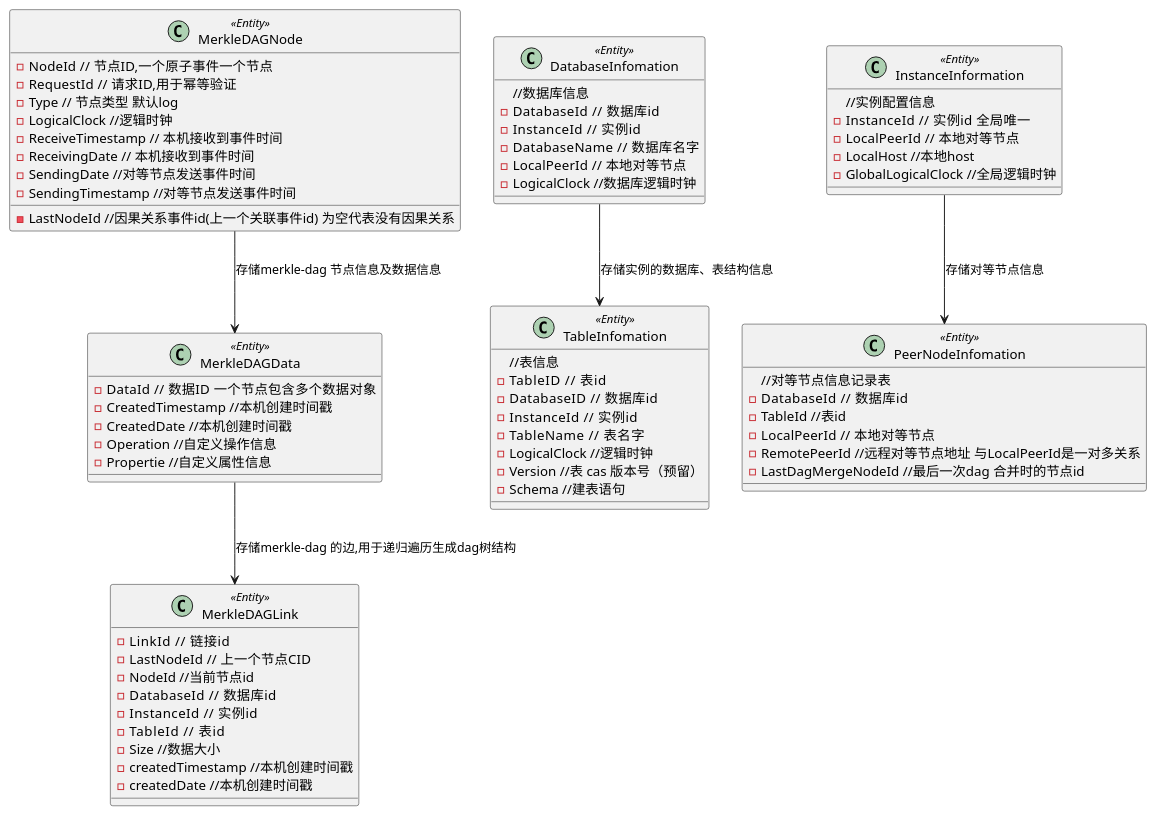
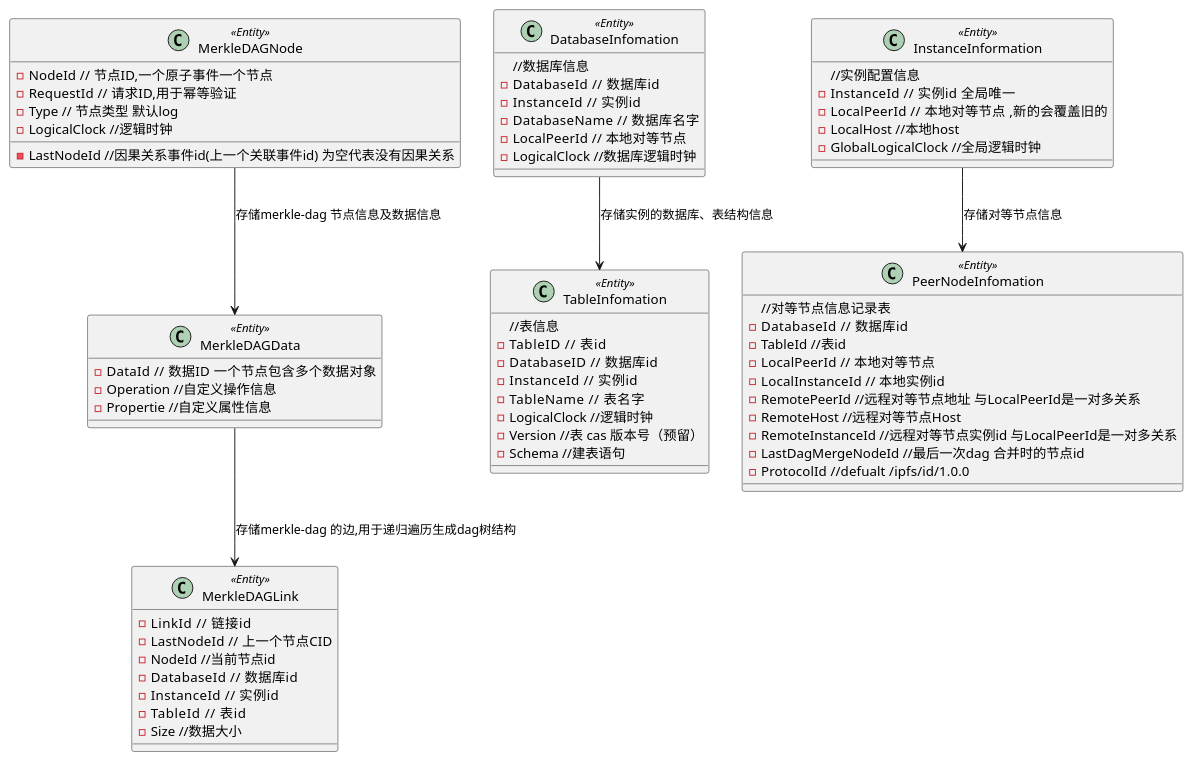
One commit to Rock-Lee-520/p2pdb changed the diagram in docs/zh-cn/entity/persistence.puml. Above: the diagram before and after it, drawn with PlantUML. The commit also changed 11 other files, not shown here.

```diff
--- a/docs/zh-cn/entity/persistence.puml
+++ b/docs/zh-cn/entity/persistence.puml
@@ -3,108 +3,96 @@
 @startuml
 
 class MerkleDAGNode <<Entity>> {
     - NodeId  // 节点ID,一个原子事件一个节点
     - RequestId //  请求ID,用于幂等验证
     - Type // 节点类型 默认log
     - LogicalClock //逻辑时钟
-    - ReceiveTimestamp // 本机接收到事件时间
-    - ReceivingDate // 本机接收到事件时间
-    - SendingDate //对等节点发送事件时间
-    - SendingTimestamp //对等节点发送事件时间
     - LastNodeId //因果关系事件id(上一个关联事件id) 为空代表没有因果关系                 
 }
 
 
 class MerkleDAGData <<Entity>> {
     - DataId  // 数据ID  一个节点包含多个数据对象
-    - CreatedTimestamp //本机创建时间戳
-    - CreatedDate //本机创建时间戳
     - Operation //自定义操作信息
     - Propertie //自定义属性信息                 
 }
 
 class MerkleDAGLink <<Entity>> {
     - LinkId   // 链接id
     - LastNodeId  // 上一个节点CID
     - NodeId //当前节点id
     - DatabaseId   // 数据库id
     - InstanceId   // 实例id
     - TableId   // 表id
     - Size //数据大小
-    - createdTimestamp //本机创建时间戳
-    - createdDate //本机创建时间戳
 }
 
 
 class DatabaseInfomation <<Entity>> {
     //数据库信息
     - DatabaseId   // 数据库id
     - InstanceId   // 实例id
     - DatabaseName   // 数据库名字
     - LocalPeerId  // 本地对等节点
     - LogicalClock //数据库逻辑时钟
 }
 
 
 class TableInfomation <<Entity>> {
     //表信息
     - TableID   // 表id 
     - DatabaseID   // 数据库id 
     - InstanceId   // 实例id
     - TableName   // 表名字
     - LogicalClock //逻辑时钟
     - Version //表 cas 版本号（预留）
     - Schema //建表语句
 
 }
 
 
 class PeerNodeInfomation <<Entity>> {
     //对等节点信息记录表
     - DatabaseId   // 数据库id
     - TableId //表id
     - LocalPeerId  // 本地对等节点
+    - LocalInstanceId  // 本地实例id
     - RemotePeerId //远程对等节点地址 与LocalPeerId是一对多关系
+    - RemoteHost //远程对等节点Host 
+    - RemoteInstanceId //远程对等节点实例id 与LocalPeerId是一对多关系
     - LastDagMergeNodeId //最后一次dag 合并时的节点id
+    - ProtocolId  //defualt /ipfs/id/1.0.0
 }
 
 
 
-' class NodeSyncInfomation <<Entity>> {
-'     //节点同步信息
-'     - DatabaseId   // 数据库Id
-'     - TableId //表名字
-'     - LocalPeerId  // 本地对等节点
-'     - RemotePeerId //远程对等节点地址 与LocalPeerId是一对多关系
-'     - LastDagMergeNodeId //最后一次dag 合并时的节点id
-' }
 
 
 
 class InstanceInformation <<Entity>> {
     //实例配置信息
     - InstanceId  // 实例id  全局唯一
-    - LocalPeerId  // 本地对等节点 
+    - LocalPeerId  // 本地对等节点  ,新的会覆盖旧的
     - LocalHost //本地host
     - GlobalLogicalClock //全局逻辑时钟
 
 }
 
 
 
 InstanceInformation --> PeerNodeInfomation : 存储对等节点信息
 ' note on link #red: note that is red
 
 
 ' PeerNodeInfomation --> NodeSyncInfomation : A link
 MerkleDAGNode --> MerkleDAGData : 存储merkle-dag 节点信息及数据信息
 ' note right on link #blue
 ' this is my note on right link
 ' end note
 
 MerkleDAGData --> MerkleDAGLink : 存储merkle-dag 的边,用于递归遍历生成dag树结构
 ' note right on link #blue
 ' this is my note on right link
 ' end note
 DatabaseInfomation --> TableInfomation :存储实例的数据库、表结构信息
 @enduml
```
